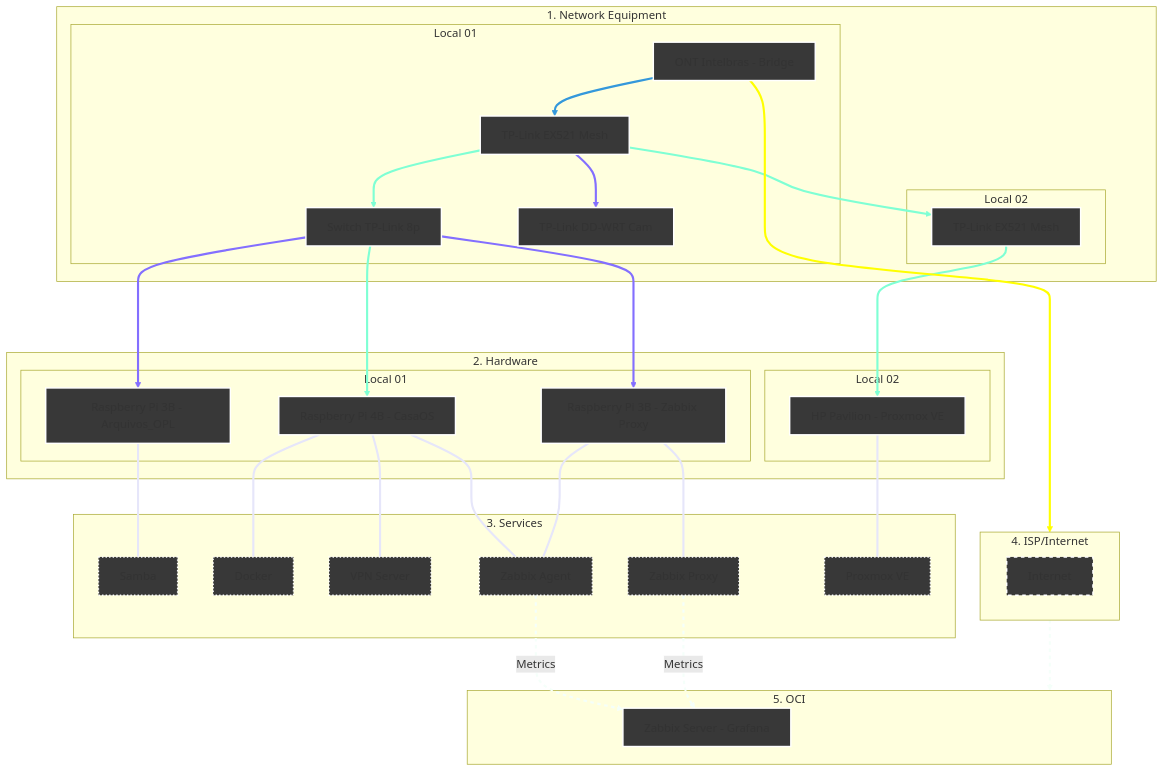
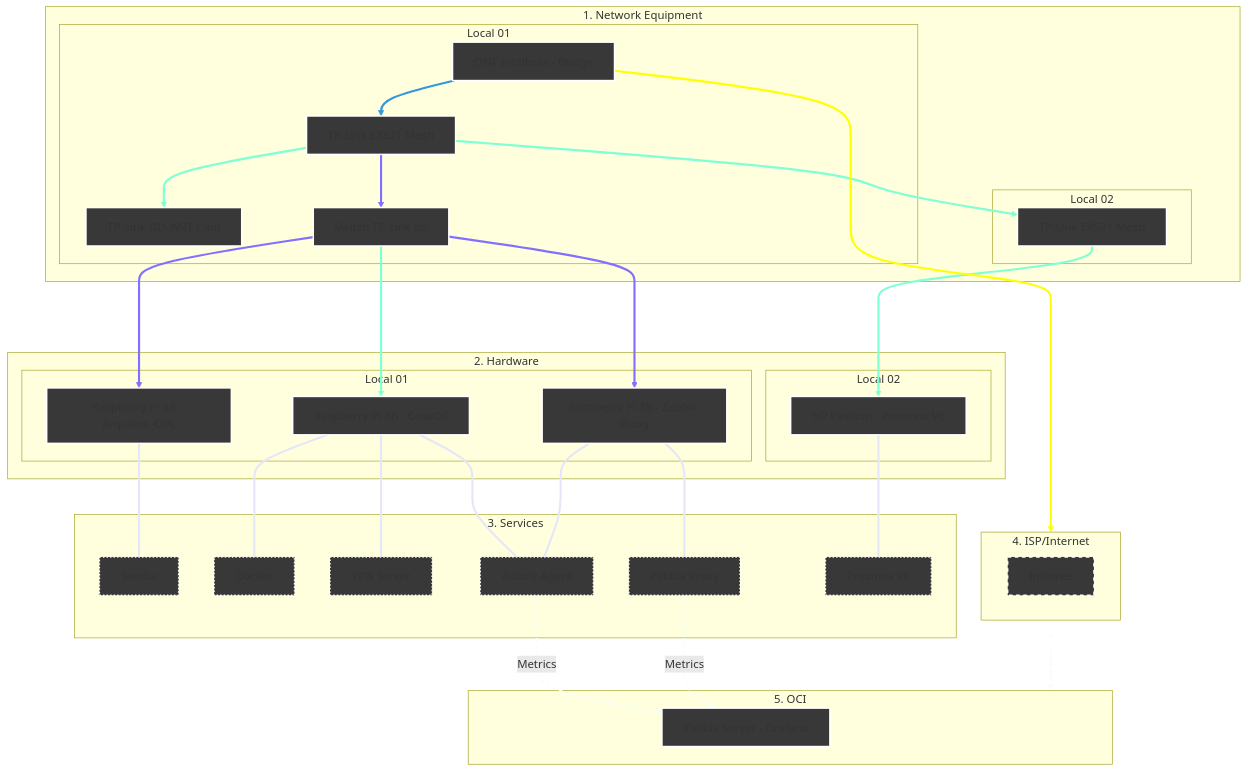
The diagram in Infrastructure/README.md (kevindexter22/Dr-Hardware-Autonet), drawn with Mermaid before and after one commit.

Commit message:
Reorder connections in network diagram

````diff
--- a/Infrastructure/README.md
+++ b/Infrastructure/README.md
@@ -13,72 +13,72 @@
 ```mermaid
 graph TD
     %% Styles
     classDef network fill:#383838,stroke:#FFFFFF,stroke-width:2px;
     classDef hardware fill:#383838,stroke:#FFFFFF,stroke-width:2px;
     classDef internet fill:#383838,stroke:#FFFFFF,stroke-width:2px,stroke-dasharray: 5 5;
     classDef services fill:#383838,stroke:#FFFFFF,stroke-width:2px, stroke-dasharray: 2 3;
     classDef oci fill:#383838,stroke:#FFFFFF,stroke-width:2px;
 
     %% 1. NETWORK EQUIPMENT
     subgraph Principal["1. Network Equipment"]
     subgraph S1 [Local 01]
         ONT[ONT Intelbras - Bridge]:::network --> R_Mesh1[TP-Link EX521 Mesh]:::network
-        R_Mesh1 --> SW1[Switch TP-Link 8p]:::network
-        R_Mesh1 --> R_Cams[TP-Link DD-WRT Cam]:::network    
+        R_Mesh1 --> R_Cams[TP-Link DD-WRT Cam]:::network 
+        R_Mesh1 --> SW1[Switch TP-Link 8p]:::network  
     end
     subgraph S2 [Local 02]
         R_Mesh1 --> R_Mesh2[TP-Link EX521 Mesh]:::network
     end
     end
     
     %% 2. HARDWARE
     subgraph Principal02["2. Hardware"]
     subgraph S3 [Local 01]
         SW1 ---> RPi3B_1[Raspberry Pi 3B - Arquivos_OPL]:::hardware
         SW1 ---> RPi4B[Raspberry Pi 4B - CasaOS]:::hardware
         SW1 ---> RPi3B_2[Raspberry Pi 3B - Zabbix Proxy]:::hardware
     end
     subgraph S4 [Local 02]
         R_Mesh2 ---> HP[HP Pavilion - Proxmox VE]:::hardware
     end
     end
 
     %% 3. SERVICES     
     subgraph S5 [3. Services];
         RPi3B_1 --- SMB1[Samba]:::services
         RPi4B --- Docker[Docker]:::services
         RPi4B --- VPN[VPN Server]:::services
         RPi4B --- ZA[Zabbix Agent]:::services
         RPi3B_2 --- ZA[Zabbix Agent]:::services
         RPi3B_2 --- ZP[Zabbix Proxy]:::services
         HP --- PVE[Proxmox VE]:::services        
     end
 
     %% 4. Internet (The Bridge)
     subgraph S6 [4. ISP/Internet]
            internet[Internet]:::internet
     end
 
     %% 5. Oracle Cloud Infrastructure
     subgraph S7 [5. OCI]
         ZS[Zabbix Server - Grafana]:::oci
     end
 
     %% Conections of data flow
     ONT --> S6
     S6 --> S7
     
     %% Logical conections
     ZA -.-> |Metrics| ZS
     ZP -.-> |Metrics| ZS 
 
     %% --- Set collor on conections ---
     
     linkStyle 0 stroke:#3498db,stroke-width:3px;
     linkStyle 1,3,5,7 stroke:#7FFFD4,stroke-width:3px;
     linkStyle 2,4,6 stroke:#836FFF,stroke-width:3px;
     linkStyle 8,9,10,11,12,13,14 stroke:#E6E6FA,stroke-width:3px;
     linkStyle 15 stroke:#FFFF00,stroke-width:3px;
     linkStyle 16,17,18 stroke:#F5FFFA,stroke-width:3px,stroke-dasharray: 5 5;
 
 ```
````
